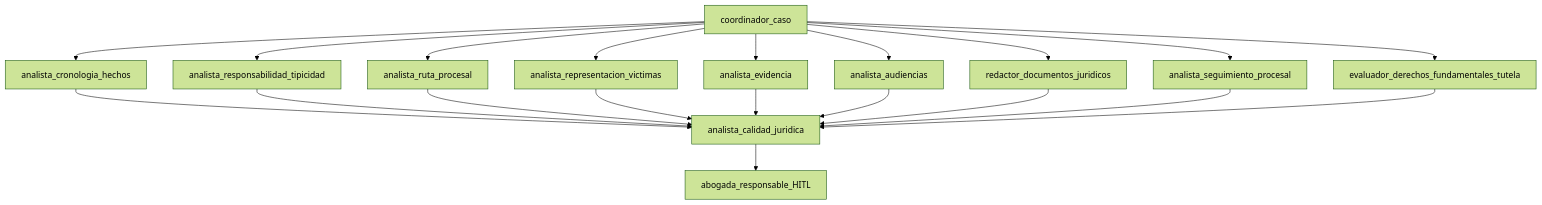
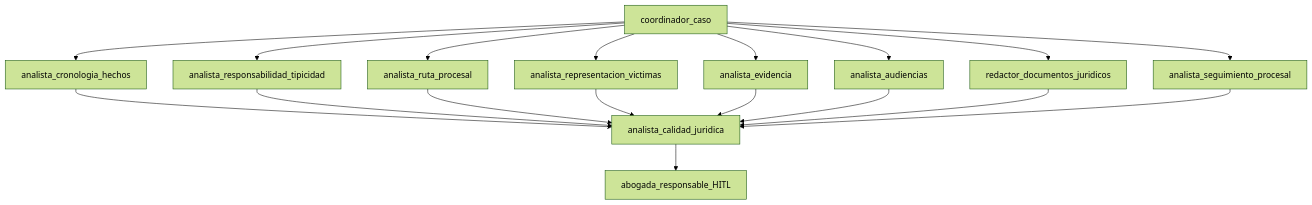
The diagram in docs/canon/guia-aprobacion-abogada-flujos-penal-victimas.md (rdebiasec/agente-de-ia-juridico), drawn with Mermaid (forest theme) before and after one commit. The commit also changed other lines of this file and 10 other files, not shown here.

````diff
--- a/docs/canon/guia-aprobacion-abogada-flujos-penal-victimas.md
+++ b/docs/canon/guia-aprobacion-abogada-flujos-penal-victimas.md
@@ -34,37 +37,34 @@
 ```mermaid
 flowchart TD
   coordinator["coordinador_caso"]
   chronology["analista_cronologia_hechos"]
   typicity["analista_responsabilidad_tipicidad"]
   route906["analista_ruta_procesal"]
   victims["analista_representacion_victimas"]
   evidence["analista_evidencia"]
   hearings["analista_audiencias"]
   drafting["redactor_documentos_juridicos"]
   tracking["analista_seguimiento_procesal"]
-  tutela["evaluador_derechos_fundamentales_tutela"]
   quality["analista_calidad_juridica"]
   lawyer["abogada_responsable_HITL"]
 
   coordinator --> chronology
   coordinator --> typicity
   coordinator --> route906
   coordinator --> victims
   coordinator --> evidence
   coordinator --> hearings
   coordinator --> drafting
   coordinator --> tracking
-  coordinator --> tutela
 
   chronology --> quality
   typicity --> quality
   route906 --> quality
   victims --> quality
   evidence --> quality
   hearings --> quality
   drafting --> quality
   tracking --> quality
-  tutela --> quality
 
   quality --> lawyer
 ```
````
